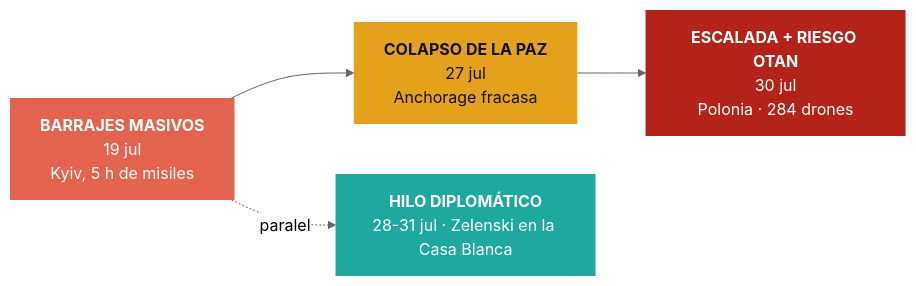
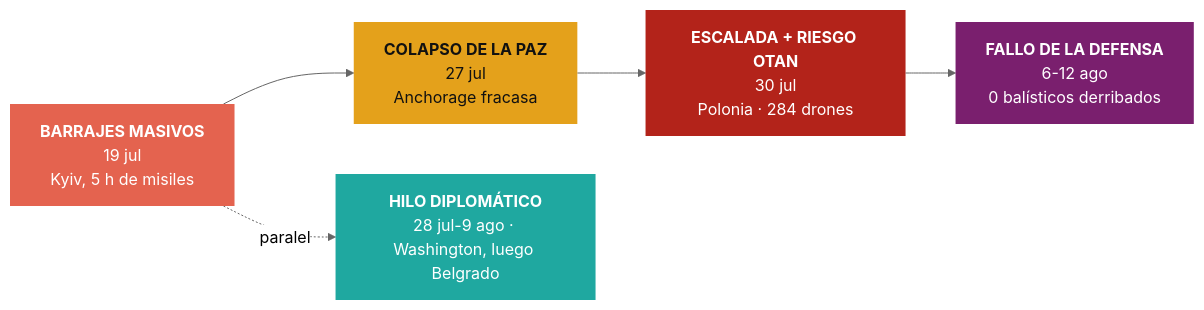
One commit to msusffalich/covid changed the diagram in global-pulse/data/global-brain/Global Brain/40 · Analisis/Tendencias — Conflicto Rusia vs Ucrania.md. Above: the diagram before and after it, drawn with Mermaid (neutral theme). The commit also changed other lines of this file and 4 other files, not shown here.

````diff
--- a/global-pulse/data/global-brain/Global Brain/40 · Analisis/Tendencias — Conflicto Rusia vs Ucrania.md
+++ b/global-pulse/data/global-brain/Global Brain/40 · Analisis/Tendencias — Conflicto Rusia vs Ucrania.md
@@ -17,13 +20,15 @@
 ```mermaid
 flowchart LR
     A["<b>BARRAJES MASIVOS</b><br/>19 jul<br/>Kyiv, 5 h de misiles"]:::esc
     B["<b>COLAPSO DE LA PAZ</b><br/>27 jul<br/>Anchorage fracasa"]:::pausa
     C["<b>ESCALADA + RIESGO OTAN</b><br/>30 jul<br/>Polonia · 284 drones"]:::pico
-    A --> B --> C
-    D["<b>HILO DIPLOMÁTICO</b><br/>28-31 jul · Zelenski en la Casa Blanca"]:::dip
+    E["<b>FALLO DE LA DEFENSA</b><br/>6-12 ago<br/>0 balísticos derribados"]:::fallo
+    A --> B --> C --> E
+    D["<b>HILO DIPLOMÁTICO</b><br/>28 jul-9 ago · Washington, luego Belgrado"]:::dip
     A -.paralelo.-> D
+    classDef fallo fill:#7A1F6E,color:#fff,stroke:none
     classDef esc fill:#E4634F,color:#fff,stroke:none
     classDef pausa fill:#E4A11B,color:#111,stroke:none
     classDef pico fill:#B3231A,color:#fff,stroke:none
     classDef dip fill:#1FA8A0,color:#fff,stroke:none
 ```
````
